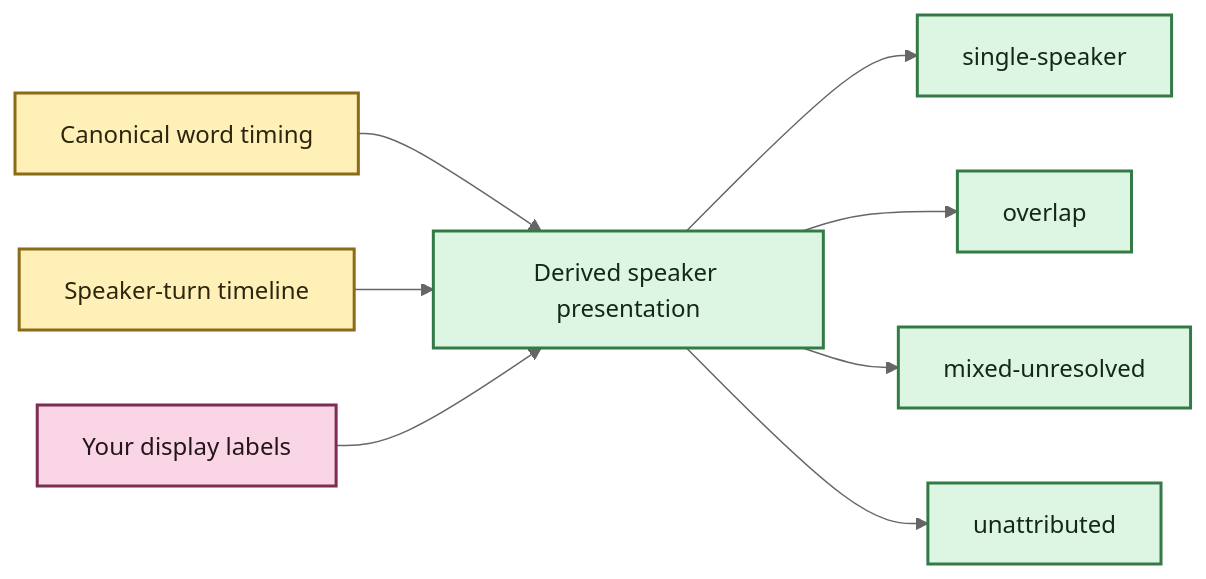
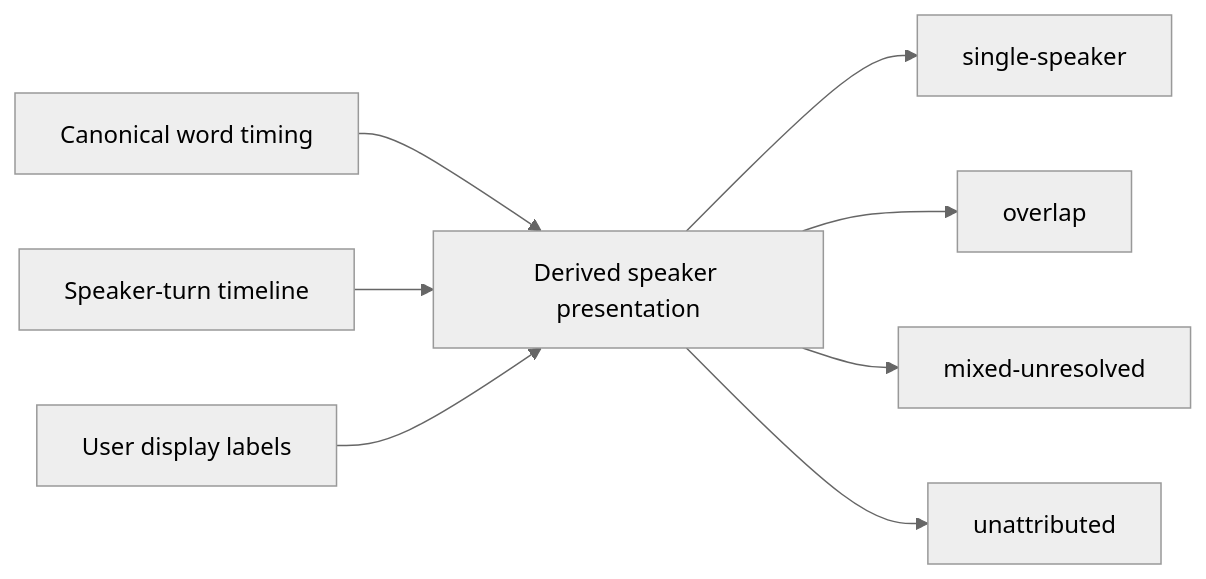
The third of 3 diagrams in docs/speaker-names.md (SSD1805/EchoFlow), drawn with Mermaid (neutral theme) before and after one commit. The commit also changed other lines of this file, not shown here.

Commit message:
docs: make speaker guide diagrams portable

````diff
--- a/docs/speaker-names.md
+++ b/docs/speaker-names.md
@@ -152,18 +151,10 @@
 ```mermaid
 flowchart LR
-    W[Canonical word timing] --> P[Derived speaker presentation]
-    T[Speaker-turn timeline] --> P
-    N[Your display labels] --> P
-    P --> S[single-speaker]
-    P --> O[overlap]
-    P --> M[mixed-unresolved]
-    P --> U[unattributed]
-
-    classDef evidence fill:#FFF0B8,stroke:#8A6B18,stroke-width:2px,color:#2C260F
-    classDef user fill:#F9D5E5,stroke:#7B2E52,stroke-width:2px,color:#22151B
-    classDef view fill:#DDF5E3,stroke:#347A46,stroke-width:2px,color:#142719
-
-    class W,T evidence
-    class N user
-    class P,S,O,M,U view
+    A[Canonical word timing] --> D[Derived speaker presentation]
+    B[Speaker-turn timeline] --> D
+    C[User display labels] --> D
+    D --> E[single-speaker]
+    D --> F[overlap]
+    D --> G[mixed-unresolved]
+    D --> H[unattributed]
 ```
````
